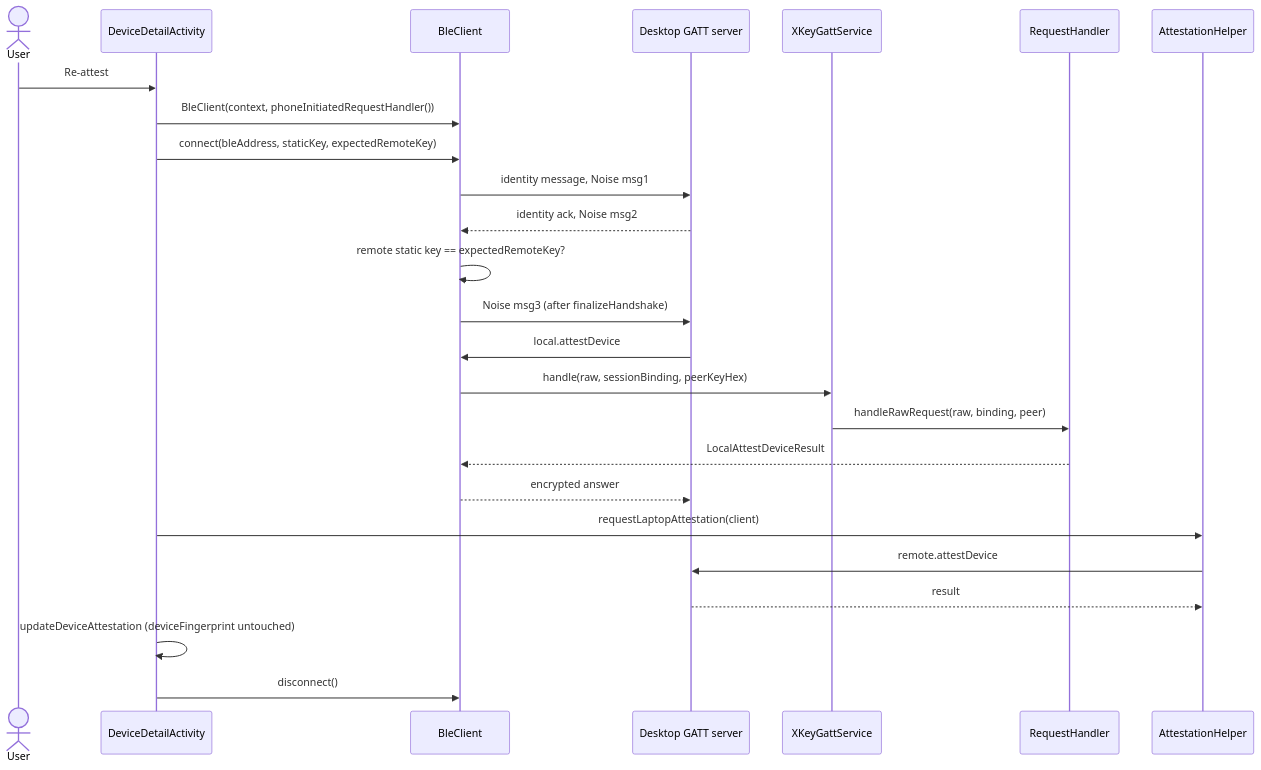
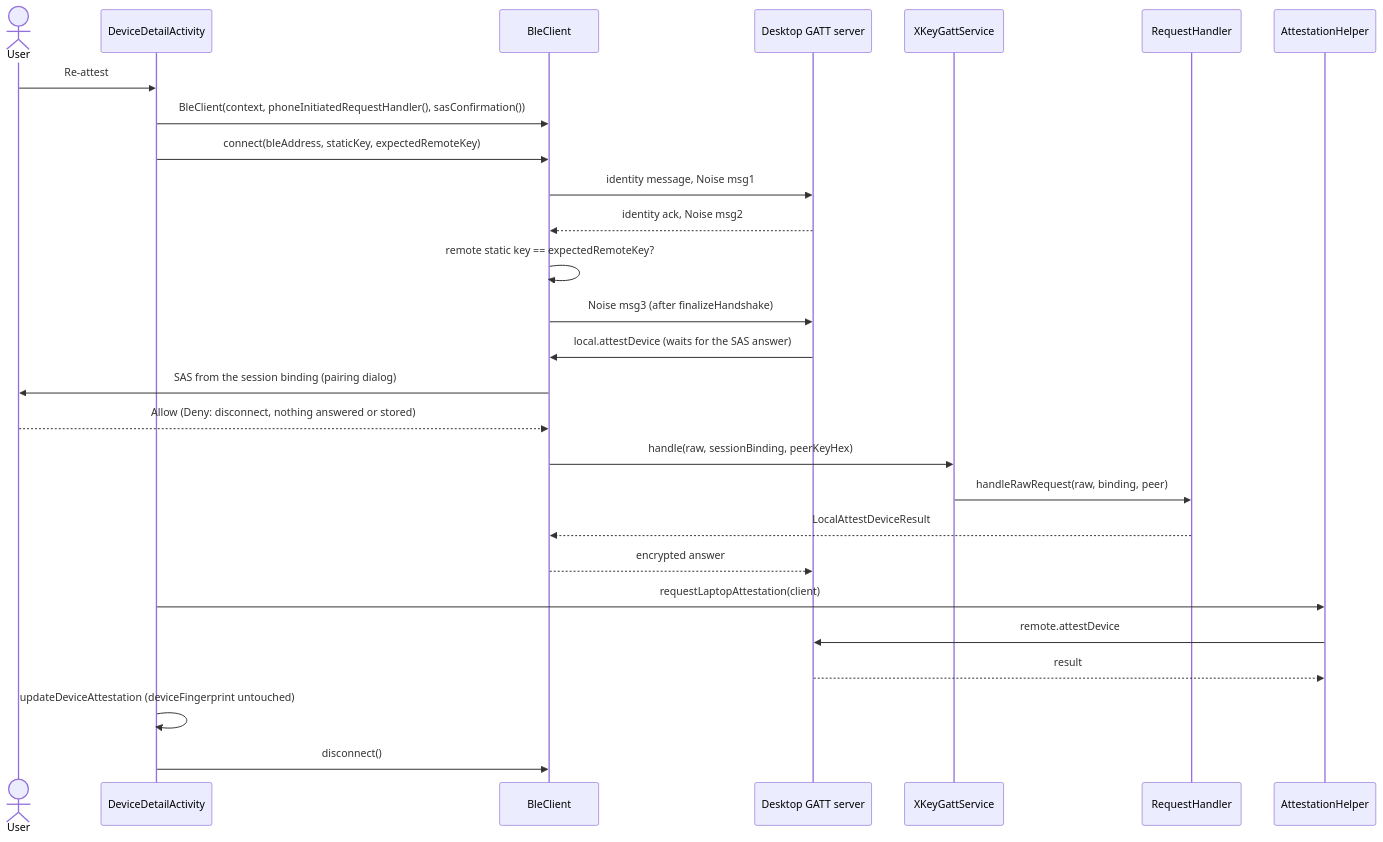
Before and after one commit to jeremyhahn/xkey-android: the diagram in docs/phone-initiated-pairing/architecture.md, drawn with Mermaid. The commit also changed other lines of this file and 2 other files, not shown here.

First line of the commit message:
fix: phone-initiated sessions show the SAS and trust only on confirm

````diff
--- a/docs/phone-initiated-pairing/architecture.md
+++ b/docs/phone-initiated-pairing/architecture.md
@@ -48,28 +54,30 @@
 ```mermaid
 sequenceDiagram
     actor User
     participant DDA as DeviceDetailActivity
     participant BC as BleClient
     participant Desk as Desktop GATT server
     participant Svc as XKeyGattService
     participant RH as RequestHandler
     participant AH as AttestationHelper
 
     User->>DDA: Re-attest
-    DDA->>BC: BleClient(context, phoneInitiatedRequestHandler())
+    DDA->>BC: BleClient(context, phoneInitiatedRequestHandler(), sasConfirmation())
     DDA->>BC: connect(bleAddress, staticKey, expectedRemoteKey)
     BC->>Desk: identity message, Noise msg1
     Desk-->>BC: identity ack, Noise msg2
     BC->>BC: remote static key == expectedRemoteKey?
     BC->>Desk: Noise msg3 (after finalizeHandshake)
-    Desk->>BC: local.attestDevice
+    Desk->>BC: local.attestDevice (waits for the SAS answer)
+    BC->>User: SAS from the session binding (pairing dialog)
+    User-->>BC: Allow (Deny: disconnect, nothing answered or stored)
     BC->>Svc: handle(raw, sessionBinding, peerKeyHex)
     Svc->>RH: handleRawRequest(raw, binding, peer)
     RH-->>BC: LocalAttestDeviceResult
     BC-->>Desk: encrypted answer
     DDA->>AH: requestLaptopAttestation(client)
     AH->>Desk: remote.attestDevice
     Desk-->>AH: result
     DDA->>DDA: updateDeviceAttestation (deviceFingerprint untouched)
     DDA->>BC: disconnect()
 ```
````
